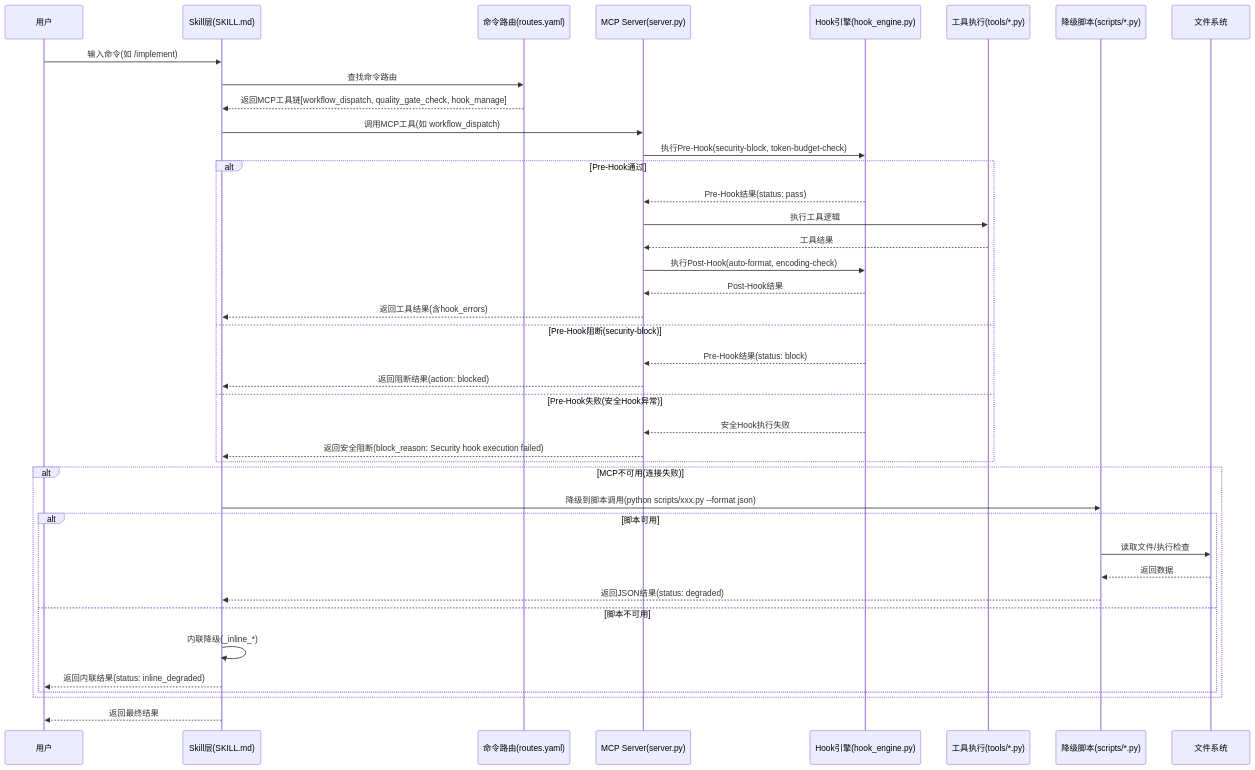
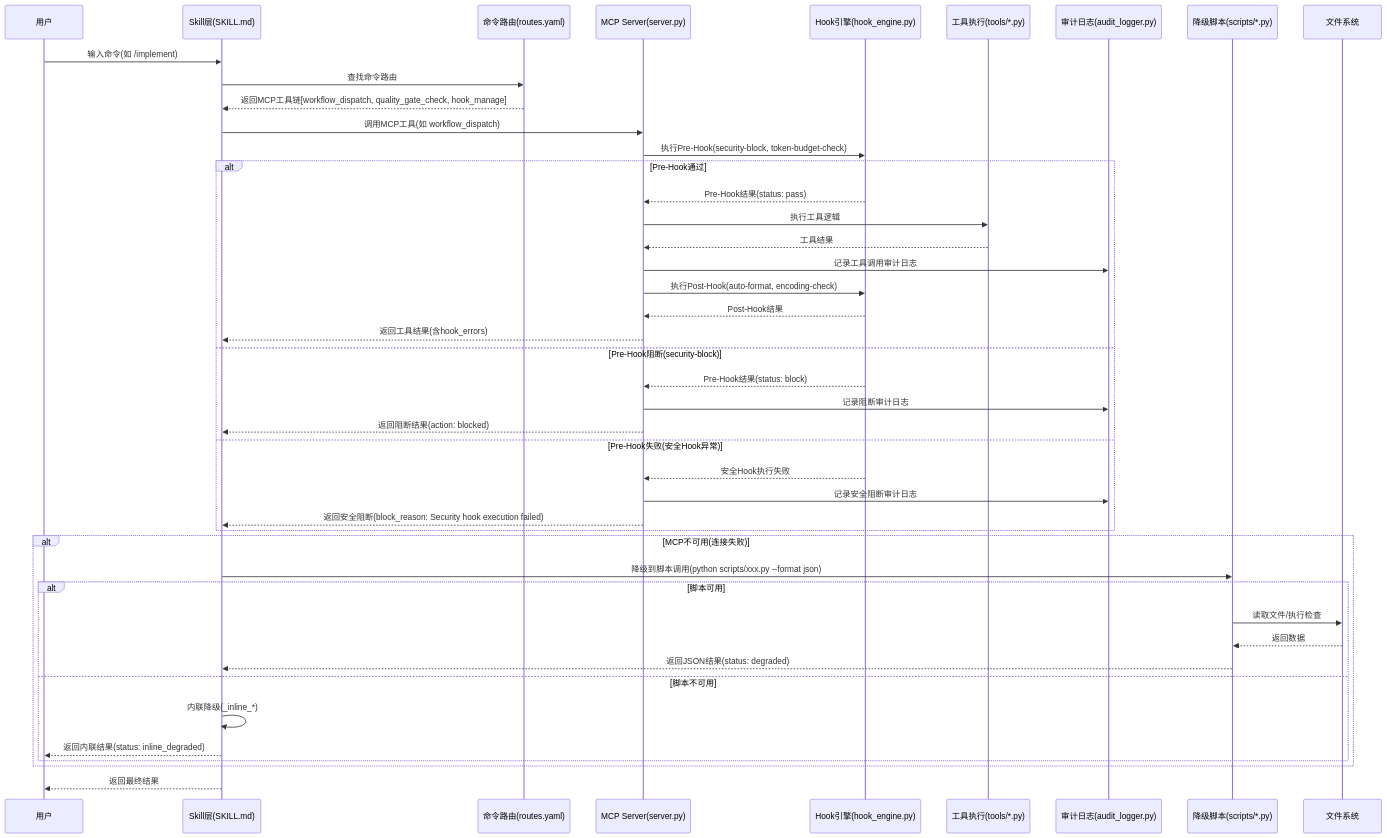
The first of 3 diagrams in docs/plan/ARCHITECTURE.md (xuanyuanchumo/xuansto), drawn with Mermaid before and after one commit. The commit also changed other lines of this file and 54 other files, not shown here.

````diff
--- a/docs/plan/ARCHITECTURE.md
+++ b/docs/plan/ARCHITECTURE.md
@@ -638,47 +686,51 @@
 ```mermaid
 sequenceDiagram
     participant User as 用户
     participant Skill as Skill层(SKILL.md)
     participant Route as 命令路由(routes.yaml)
     participant MCP as MCP Server(server.py)
     participant Hook as Hook引擎(hook_engine.py)
     participant Tool as 工具执行(tools/*.py)
+    participant Audit as 审计日志(audit_logger.py)
     participant Script as 降级脚本(scripts/*.py)
     participant FS as 文件系统
 
     User->>Skill: 输入命令(如 /implement)
     Skill->>Route: 查找命令路由
     Route-->>Skill: 返回MCP工具链[workflow_dispatch, quality_gate_check, hook_manage]
 
     Skill->>MCP: 调用MCP工具(如 workflow_dispatch)
     MCP->>Hook: 执行Pre-Hook(security-block, token-budget-check)
 
     alt Pre-Hook通过
         Hook-->>MCP: Pre-Hook结果(status: pass)
         MCP->>Tool: 执行工具逻辑
         Tool-->>MCP: 工具结果
+        MCP->>Audit: 记录工具调用审计日志
         MCP->>Hook: 执行Post-Hook(auto-format, encoding-check)
         Hook-->>MCP: Post-Hook结果
         MCP-->>Skill: 返回工具结果(含hook_errors)
     else Pre-Hook阻断(security-block)
         Hook-->>MCP: Pre-Hook结果(status: block)
+        MCP->>Audit: 记录阻断审计日志
         MCP-->>Skill: 返回阻断结果(action: blocked)
     else Pre-Hook失败(安全Hook异常)
         Hook-->>MCP: 安全Hook执行失败
+        MCP->>Audit: 记录安全阻断审计日志
         MCP-->>Skill: 返回安全阻断(block_reason: Security hook execution failed)
     end
 
     alt MCP不可用(连接失败)
         Skill->>Script: 降级到脚本调用(python scripts/xxx.py --format json)
         alt 脚本可用
             Script->>FS: 读取文件/执行检查
             FS-->>Script: 返回数据
             Script-->>Skill: 返回JSON结果(status: degraded)
         else 脚本不可用
             Skill->>Skill: 内联降级(_inline_*)
             Skill-->>User: 返回内联结果(status: inline_degraded)
         end
     end
 
     Skill-->>User: 返回最终结果
 ```
````
